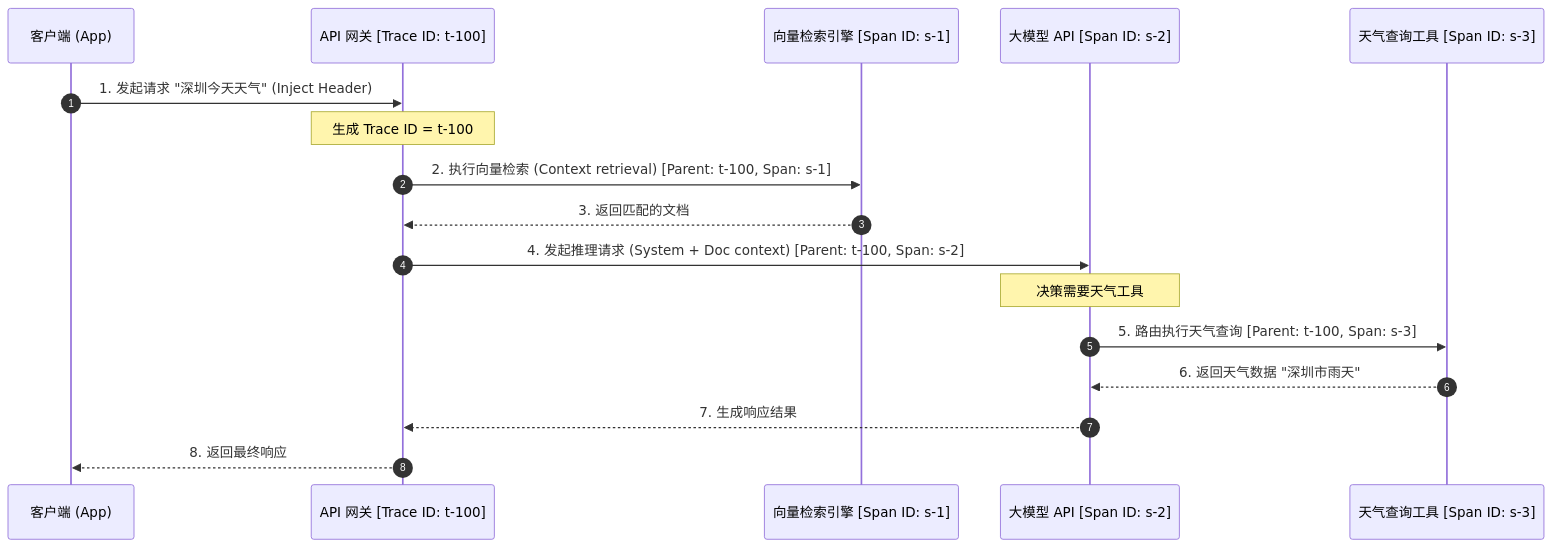
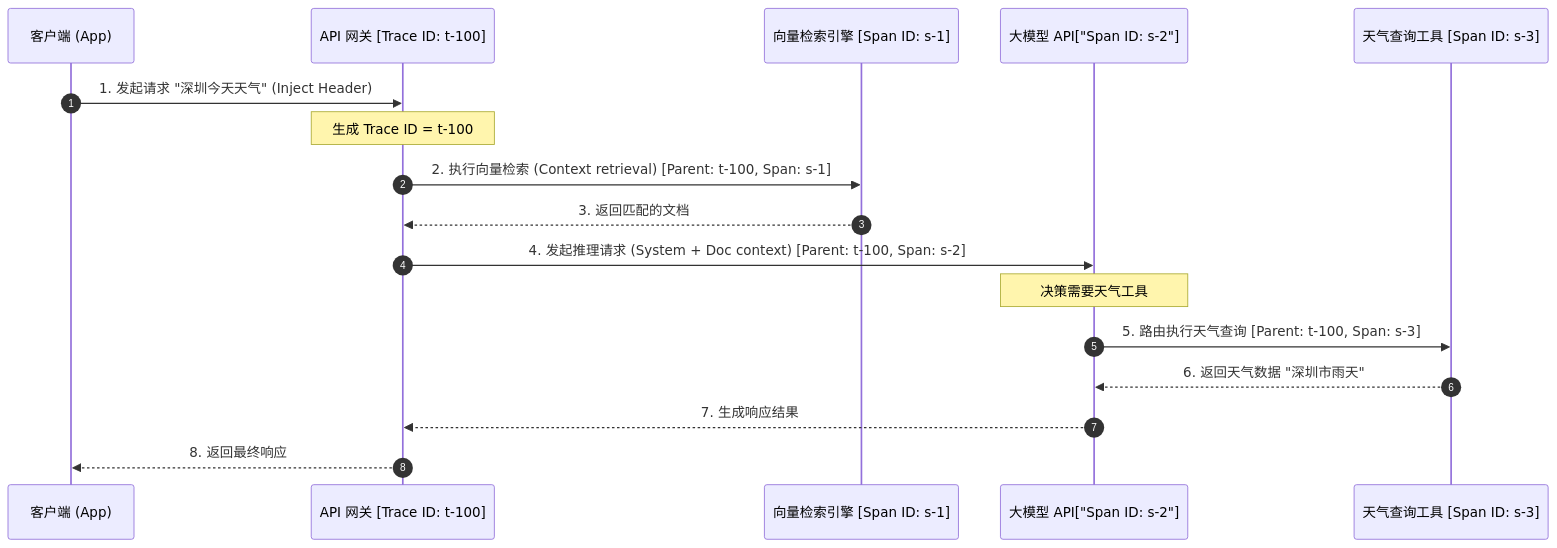
Before and after one commit to koosai/AI-Architect-Learning: the second of 3 diagrams in docs/11-production-ai-platform/ai-observability.mdx, drawn with Mermaid. The commit also changed other lines of this file and 187 other files, not shown here.

Commit message:
fix(mermaid): fix all unquoted parens and edge label syntax errors across all docs

````diff
--- a/docs/11-production-ai-platform/ai-observability.mdx
+++ b/docs/11-production-ai-platform/ai-observability.mdx
@@ -92,20 +92,20 @@
 ```mermaid
 sequenceDiagram
     autonumber
     participant App as 客户端 (App)
     participant GW as API 网关 [Trace ID: t-100]
     participant Vector as 向量检索引擎 [Span ID: s-1]
-    participant LLM as 大模型 API [Span ID: s-2]
+    participant LLM as 大模型 API["Span ID: s-2"]
     participant Tool as 天气查询工具 [Span ID: s-3]
 
     App->>GW: 1. 发起请求 "深圳今天天气" (Inject Header)
     Note over GW: 生成 Trace ID = t-100
     GW->>Vector: 2. 执行向量检索 (Context retrieval) [Parent: t-100, Span: s-1]
     Vector-->>GW: 3. 返回匹配的文档
     GW->>LLM: 4. 发起推理请求 (System + Doc context) [Parent: t-100, Span: s-2]
     Note over LLM: 决策需要天气工具
     LLM->>Tool: 5. 路由执行天气查询 [Parent: t-100, Span: s-3]
     Tool-->>LLM: 6. 返回天气数据 "深圳市雨天"
     LLM-->>GW: 7. 生成响应结果
     GW-->>App: 8. 返回最终响应
 ```
````
